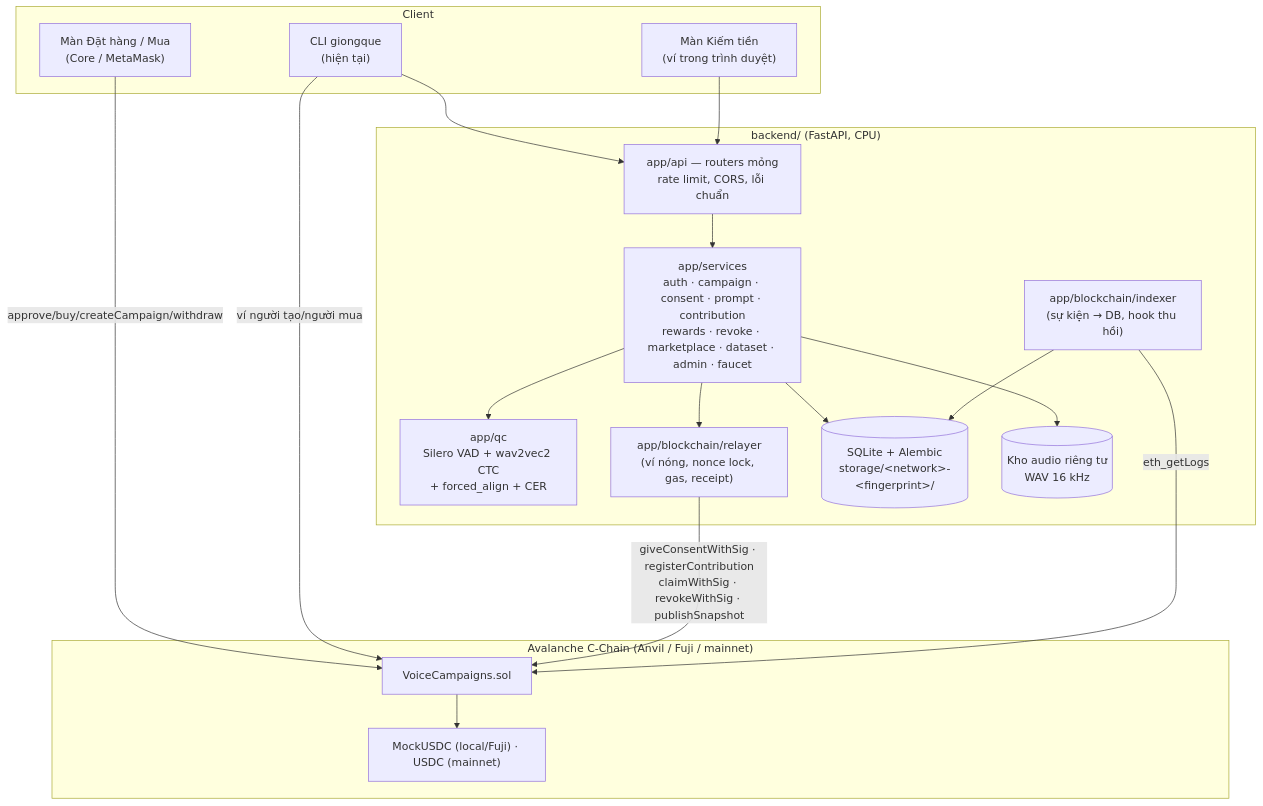
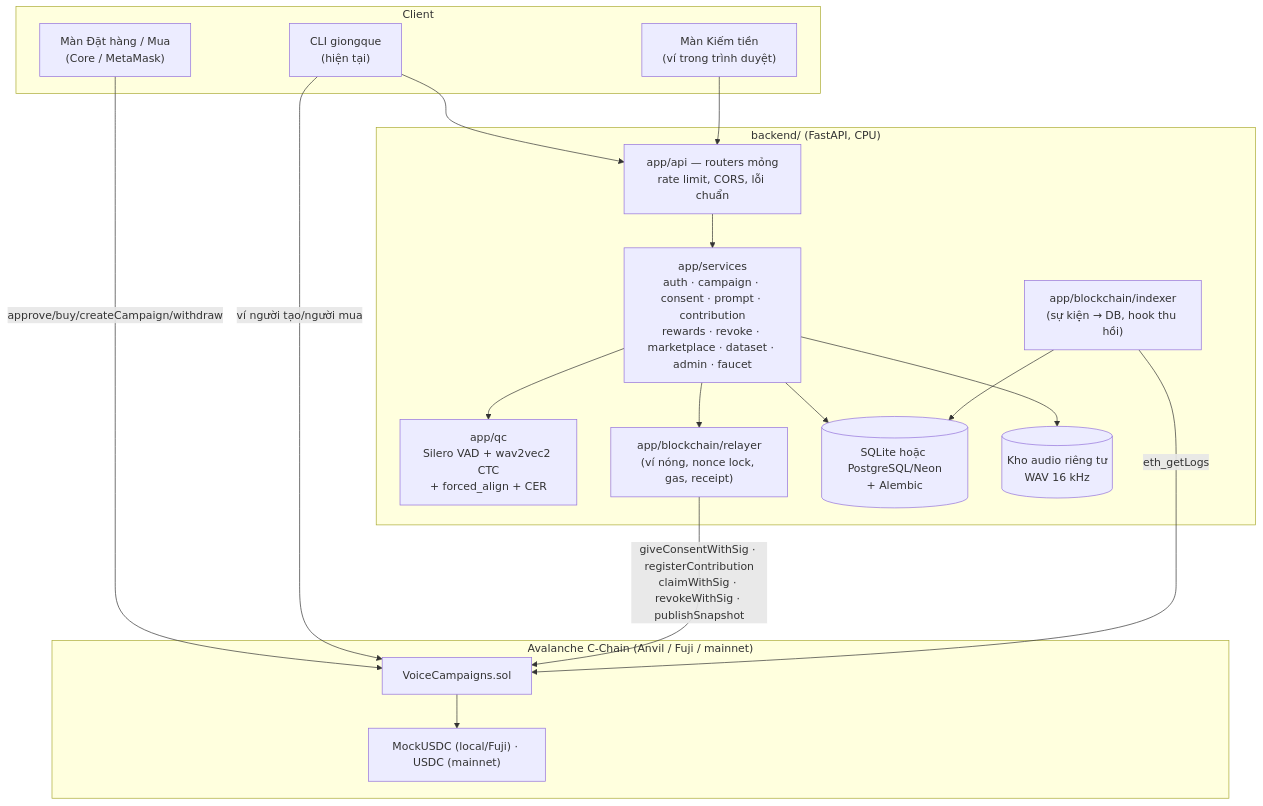
One commit to ZelusIsMe-05/DatasetMarketplace changed the first of 2 diagrams in docs/architecture.md. Above: the diagram before and after it, drawn with Mermaid. The commit also changed other lines of this file and 29 other files, not shown here.

First line of the commit message:
feat: PostgreSQL/Neon database, synced reset, Google sign-in for any account

````diff
--- a/docs/architecture.md
+++ b/docs/architecture.md
@@ -6,34 +6,34 @@
 ```mermaid
 flowchart TB
     subgraph Client["Client"]
         CLI["CLI giongque<br/>(hiện tại)"]
         FE1["Màn Kiếm tiền<br/>(ví trong trình duyệt)"]
         FE2["Màn Đặt hàng / Mua<br/>(Core / MetaMask)"]
     end
     subgraph Backend["backend/ (FastAPI, CPU)"]
         API["app/api — routers mỏng<br/>rate limit, CORS, lỗi chuẩn"]
         SVC["app/services<br/>auth · campaign · consent · prompt · contribution<br/>rewards · revoke · marketplace · dataset · admin · faucet"]
         QC["app/qc<br/>Silero VAD + wav2vec2 CTC<br/>+ forced_align + CER"]
         REL["app/blockchain/relayer<br/>(ví nóng, nonce lock, gas, receipt)"]
         IDX["app/blockchain/indexer<br/>(sự kiện → DB, hook thu hồi)"]
-        DB[("SQLite + Alembic<br/>storage/&lt;network&gt;-&lt;fingerprint&gt;/")]
+        DB[("SQLite hoặc PostgreSQL/Neon<br/>+ Alembic")]
         ST[("Kho audio riêng tư<br/>WAV 16 kHz")]
     end
     subgraph Chain["Avalanche C-Chain (Anvil / Fuji / mainnet)"]
         SC["VoiceCampaigns.sol"]
         TK["MockUSDC (local/Fuji) · USDC (mainnet)"]
     end
     CLI --> API
     FE1 --> API
     FE2 -- approve/buy/createCampaign/withdraw --> SC
     CLI -- ví người tạo/người mua --> SC
     API --> SVC
     SVC --> QC
     SVC --> DB
     SVC --> ST
     SVC --> REL
     REL -- giveConsentWithSig · registerContribution<br/>claimWithSig · revokeWithSig · publishSnapshot --> SC
     IDX -- eth_getLogs --> SC
     IDX --> DB
     SC --> TK
 ```
````
